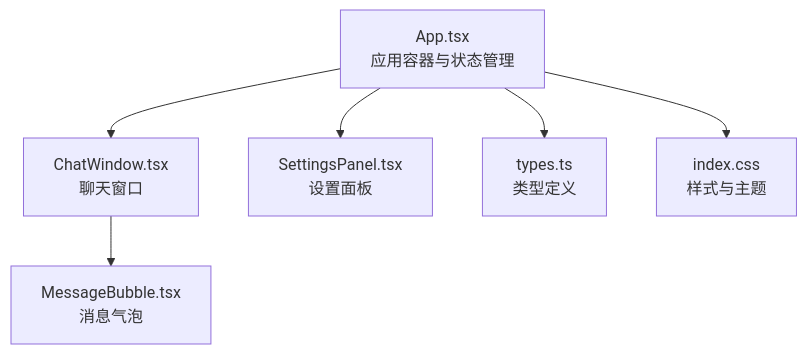
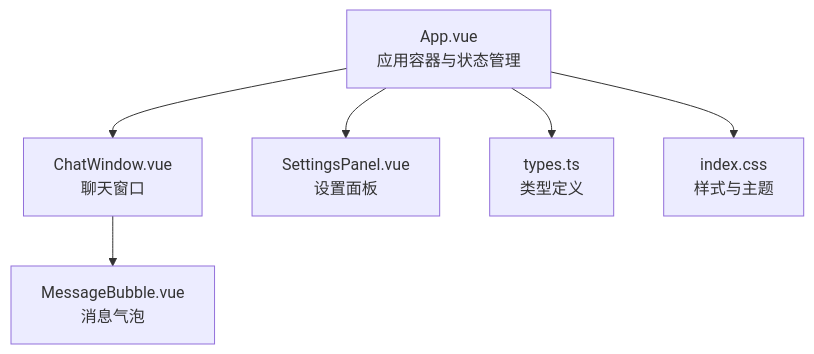
One commit to hallllla/QAQ-Agent changed the first of 6 diagrams in .qoder/repowiki/zh/content/核心组件/核心组件.md. Above: the diagram before and after it, drawn with Mermaid. The commit also changed other lines of this file and 23 other files, not shown here.

````diff
--- a/.qoder/repowiki/zh/content/核心组件/核心组件.md
+++ b/.qoder/repowiki/zh/content/核心组件/核心组件.md
@@ -34,8 +45,8 @@
 ```mermaid
 graph TB
-App["App.tsx<br/>应用容器与状态管理"] --> ChatWindow["ChatWindow.tsx<br/>聊天窗口"]
-App --> SettingsPanel["SettingsPanel.tsx<br/>设置面板"]
-ChatWindow --> MessageBubble["MessageBubble.tsx<br/>消息气泡"]
+App["App.vue<br/>应用容器与状态管理"] --> ChatWindow["ChatWindow.vue<br/>聊天窗口"]
+App --> SettingsPanel["SettingsPanel.vue<br/>设置面板"]
+ChatWindow --> MessageBubble["MessageBubble.vue<br/>消息气泡"]
 App --> Types["types.ts<br/>类型定义"]
 App --> Styles["index.css<br/>样式与主题"]
 ```
````
